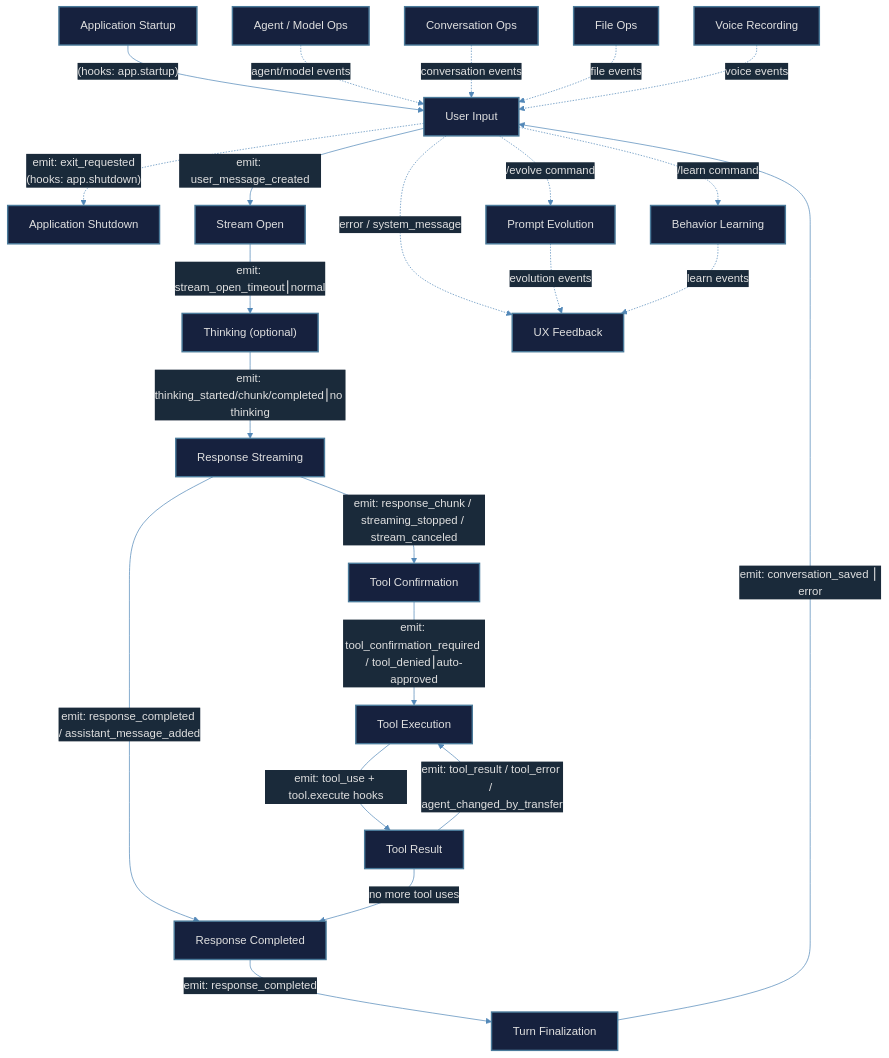
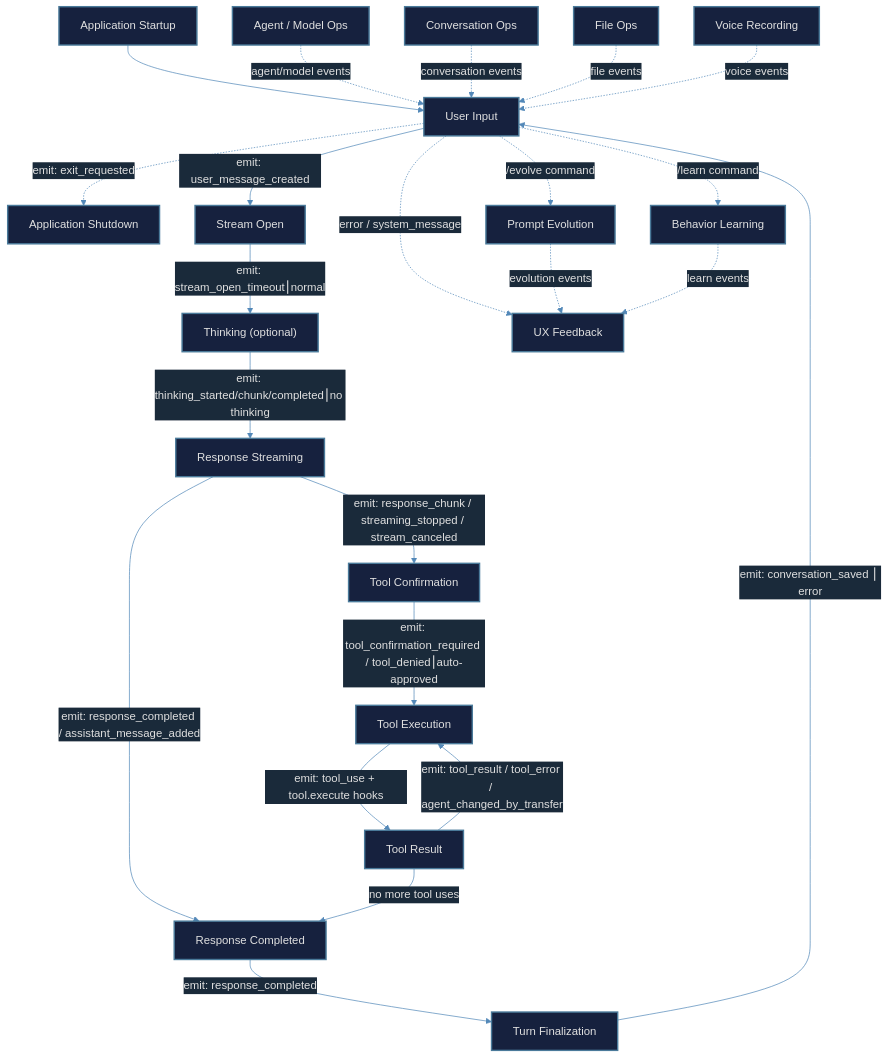
Before and after one commit to saigontechnology/AgentCrew: the diagram in GUIDE_WORKFLOWS.md, drawn with Mermaid. The commit also changed other lines of this file and 4 other files, not shown here.

````diff
--- a/GUIDE_WORKFLOWS.md
+++ b/GUIDE_WORKFLOWS.md
@@ -545,56 +528,56 @@
 ```mermaid
 %%{init: {'theme': 'base', 'themeVariables': {
   'primaryColor': '#0d1b2a',
   'primaryTextColor': '#e0e0e0',
   'lineColor': '#5388b8',
   'primaryBorderColor': '#3a7a9a',
   'secondaryColor': '#1a2a3a',
   'tertiaryColor': '#1a3a2a'
 }}}%%
 
 flowchart TD
     STARTUP["Application Startup"]:::phase
     SHUTDOWN["Application Shutdown"]:::phase
     USER_INPUT["User Input"]:::phase
     STREAM_OPEN["Stream Open"]:::phase
     THINKING["Thinking (optional)"]:::phase
     RESPONSE_STREAM["Response Streaming"]:::phase
     TOOL_CONFIRM["Tool Confirmation"]:::phase
     TOOL_EXEC["Tool Execution"]:::phase
     TOOL_RESULT_PHASE["Tool Result"]:::phase
     RESPONSE_DONE["Response Completed"]:::phase
     TURN_FINALIZE["Turn Finalization"]:::phase
     AGENT_OPS["Agent / Model Ops"]:::phase
     CONV_OPS["Conversation Ops"]:::phase
     FILE_OPS["File Ops"]:::phase
     EVOLUTION["Prompt Evolution"]:::phase
     LEARNING["Behavior Learning"]:::phase
     VOICE["Voice Recording"]:::phase
     UX_FEEDBACK["UX Feedback"]:::phase
 
-    STARTUP -->|"(hooks: app.startup)"| USER_INPUT
+    STARTUP --> USER_INPUT
     USER_INPUT -->|"emit: user_message_created"| STREAM_OPEN
     STREAM_OPEN -->|"emit: stream_open_timeout⎮normal"| THINKING
     THINKING -->|"emit: thinking_started/chunk/completed⎮no thinking"| RESPONSE_STREAM
     RESPONSE_STREAM -->|"emit: response_chunk / streaming_stopped / stream_canceled"| TOOL_CONFIRM
     RESPONSE_STREAM -->|"emit: response_completed / assistant_message_added"| RESPONSE_DONE
     TOOL_CONFIRM -->|"emit: tool_confirmation_required / tool_denied⎮auto-approved"| TOOL_EXEC
     TOOL_EXEC -->|"emit: tool_use + tool.execute hooks"| TOOL_RESULT_PHASE
     TOOL_RESULT_PHASE -->|"emit: tool_result / tool_error / agent_changed_by_transfer"| TOOL_EXEC
     TOOL_RESULT_PHASE -->|"no more tool uses"| RESPONSE_DONE
     RESPONSE_DONE -->|"emit: response_completed"| TURN_FINALIZE
     TURN_FINALIZE -->|"emit: conversation_saved ⎮ error"| USER_INPUT
 
     AGENT_OPS -.->|"agent/model events"| USER_INPUT
     CONV_OPS -.->|"conversation events"| USER_INPUT
     FILE_OPS -.->|"file events"| USER_INPUT
     USER_INPUT -.->|"/evolve command"| EVOLUTION
     USER_INPUT -.->|"/learn command"| LEARNING
     USER_INPUT -.->|"error / system_message"| UX_FEEDBACK
     EVOLUTION -.->|"evolution events"| UX_FEEDBACK
     LEARNING -.->|"learn events"| UX_FEEDBACK
-    USER_INPUT -.->|"emit: exit_requested<br/>(hooks: app.shutdown)"| SHUTDOWN
+    USER_INPUT -.->|"emit: exit_requested"| SHUTDOWN
     VOICE -.->|"voice events"| USER_INPUT
 
     classDef phase fill:#16213e,stroke:#4a7a9a,color:#e0e0e0,stroke-width:2px;
 ```
````
